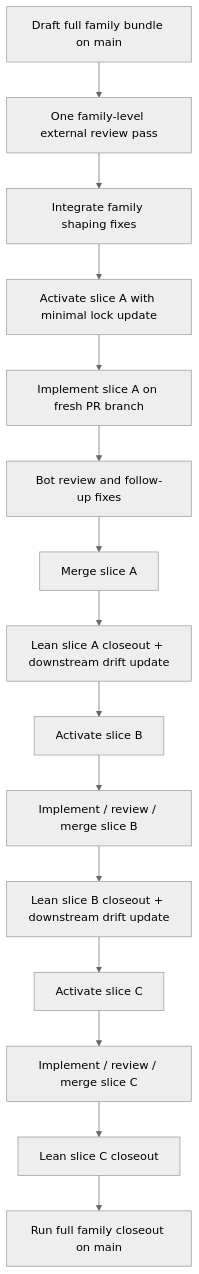
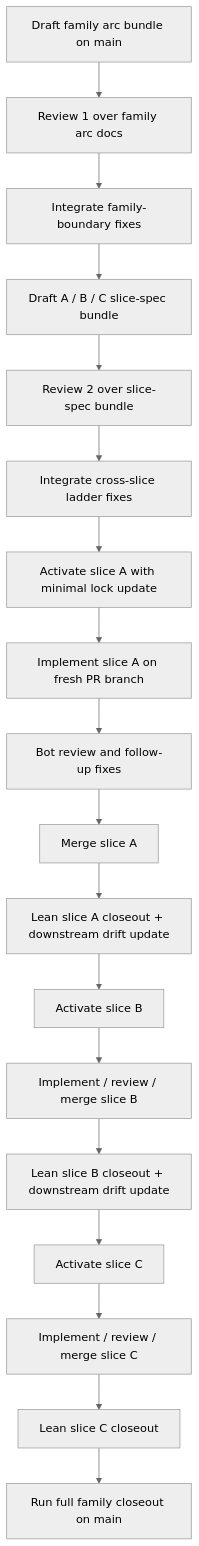
Before and after one commit to LexLattice/adeu-studio: the diagram in docs/DRAFT_PRACTICAL_HARNESS_FLOW_v0.md, drawn with Mermaid (neutral theme). The commit also changed other lines of this file and 13 other files, not shown here.

Commit message:
Draft V67 ergonomic adjudication family and starter bundle

````diff
--- a/docs/DRAFT_PRACTICAL_HARNESS_FLOW_v0.md
+++ b/docs/DRAFT_PRACTICAL_HARNESS_FLOW_v0.md
@@ -225,17 +259,20 @@
 ```mermaid
 flowchart TD
-    A["Draft full family bundle on main"] --> B["One family-level external review pass"]
-    B --> C["Integrate family shaping fixes"]
-    C --> D["Activate slice A with minimal lock update"]
-    D --> E["Implement slice A on fresh PR branch"]
-    E --> F["Bot review and follow-up fixes"]
-    F --> G["Merge slice A"]
-    G --> H["Lean slice A closeout + downstream drift update"]
-    H --> I["Activate slice B"]
-    I --> J["Implement / review / merge slice B"]
-    J --> K["Lean slice B closeout + downstream drift update"]
-    K --> L["Activate slice C"]
-    L --> M["Implement / review / merge slice C"]
-    M --> N["Lean slice C closeout"]
-    N --> O["Run full family closeout on main"]
+    A["Draft family arc bundle on main"] --> B["Review 1 over family arc docs"]
+    B --> C["Integrate family-boundary fixes"]
+    C --> D["Draft A / B / C slice-spec bundle"]
+    D --> E["Review 2 over slice-spec bundle"]
+    E --> F["Integrate cross-slice ladder fixes"]
+    F --> G["Activate slice A with minimal lock update"]
+    G --> H["Implement slice A on fresh PR branch"]
+    H --> I["Bot review and follow-up fixes"]
+    I --> J["Merge slice A"]
+    J --> K["Lean slice A closeout + downstream drift update"]
+    K --> L["Activate slice B"]
+    L --> M["Implement / review / merge slice B"]
+    M --> N["Lean slice B closeout + downstream drift update"]
+    N --> O["Activate slice C"]
+    O --> P["Implement / review / merge slice C"]
+    P --> Q["Lean slice C closeout"]
+    Q --> R["Run full family closeout on main"]
 ```
````
